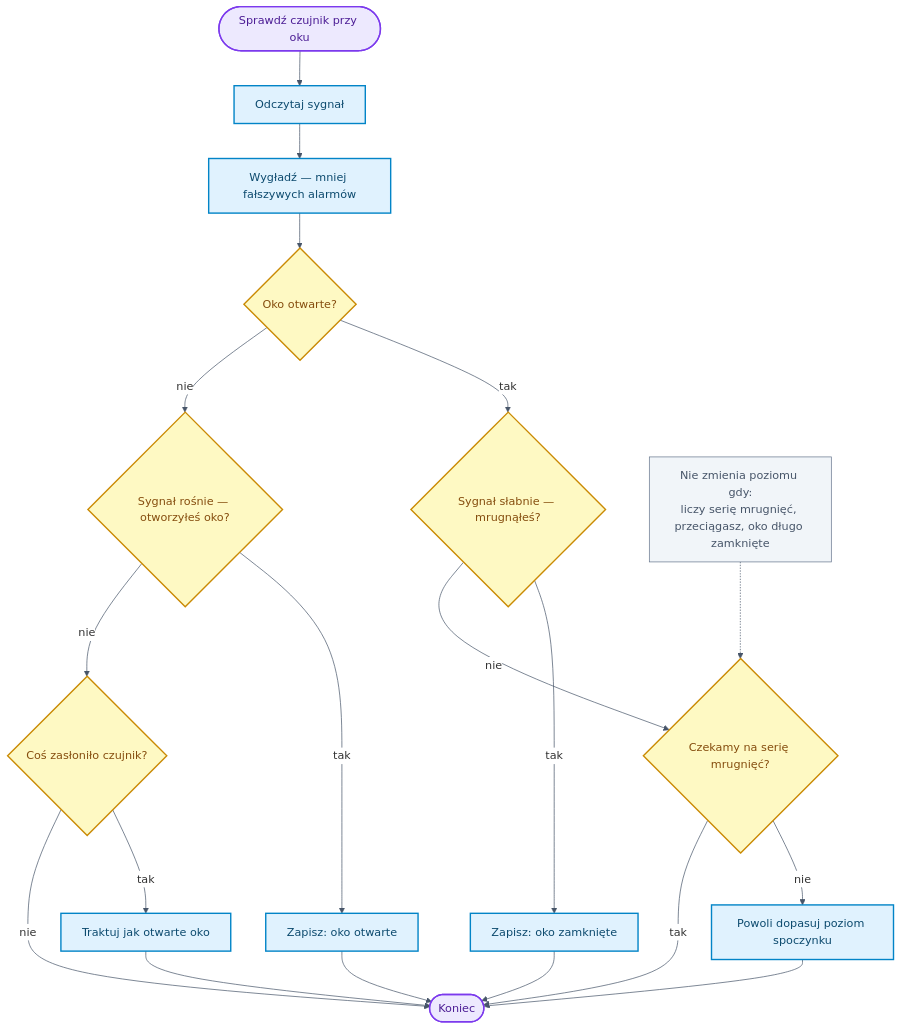
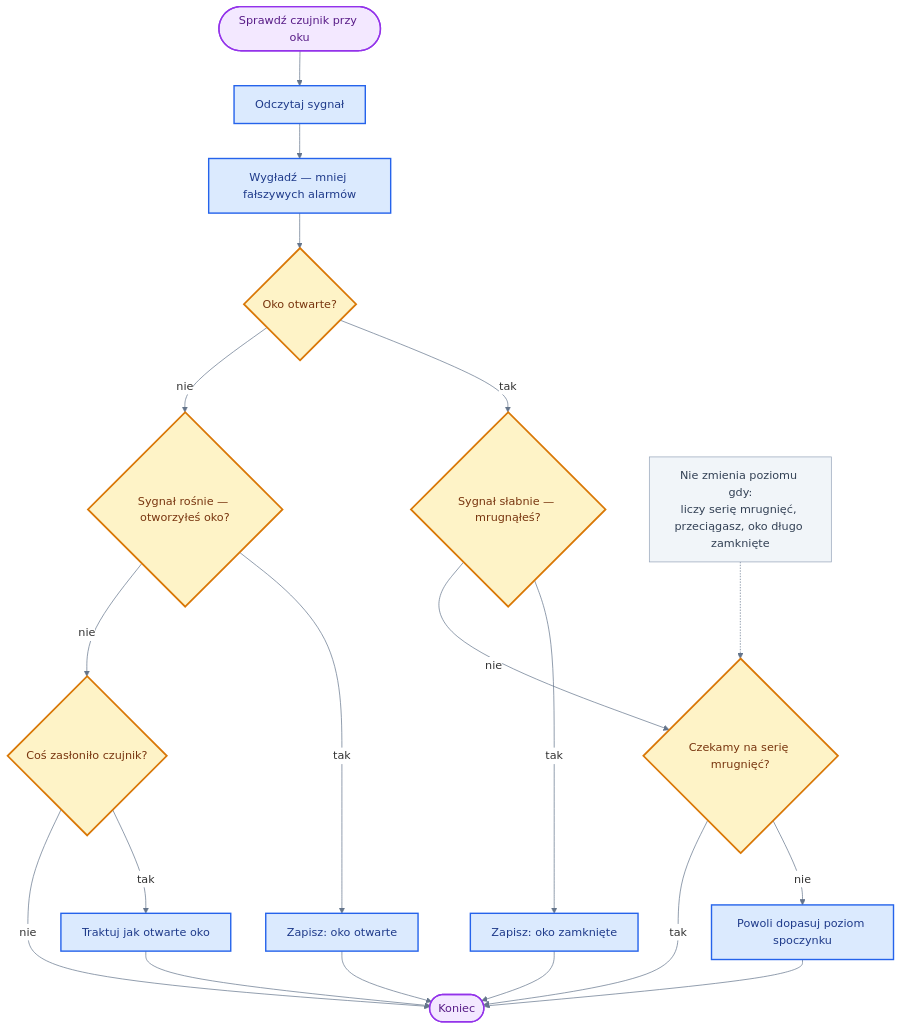
Before and after one commit to bartkadres-ai/HEFAS-4.0: the seventh of 10 diagrams in README.md, drawn with Mermaid. The commit also changed other lines of this file, not shown here.

````diff
--- a/README.md
+++ b/README.md
@@ -509,36 +526,36 @@
 ```mermaid
-%%{init: { 'theme': 'default', 'themeVariables': { 'darkMode': false, 'background': '#ffffff', 'mainBkg': '#ffffff', 'primaryColor': '#ffffff', 'secondaryColor': '#ffffff', 'tertiaryColor': '#ffffff', 'primaryTextColor': '#1e293b', 'lineColor': '#475569', 'clusterBkg': '#f8fafc', 'clusterBorder': '#cbd5e1', 'edgeLabelBackground': '#ffffff', 'noteBkgColor': '#f8fafc', 'noteTextColor': '#475569' }}}%%
+%%{init: { 'theme': 'default', 'themeVariables': { 'darkMode': false, 'background': '#ffffff', 'mainBkg': '#ffffff', 'primaryColor': '#ffffff', 'secondaryColor': '#ffffff', 'tertiaryColor': '#ffffff', 'primaryTextColor': '#1e293b', 'secondaryTextColor': '#334155', 'lineColor': '#64748b', 'primaryBorderColor': '#94a3b8', 'clusterBkg': '#f1f5f9', 'clusterBorder': '#94a3b8', 'edgeLabelBackground': '#ffffff', 'noteBkgColor': '#f8fafc', 'noteTextColor': '#475569', 'fontFamily': 'arial' }}}%%
 flowchart TD
     A([Sprawdź czujnik przy oku]) --> ADC[Odczytaj sygnał]
     ADC --> EMA[Wygładź — mniej fałszywych alarmów]
 
     EMA --> OTW{Oko otwarte?}
 
     OTW -->|tak| TRIG{Sygnał słabnie — mrugnąłeś?}
     TRIG -->|tak| ZAM[Zapisz: oko zamknięte]
     TRIG -->|nie| FRZ{Czekamy na serię mrugnięć?}
     FRZ -->|nie| ADAPT[Powoli dopasuj poziom spoczynku]
     FRZ -->|tak| KON
 
     OTW -->|nie| REL{Sygnał rośnie — otworzyłeś oko?}
     REL -->|tak| OOTW[Zapisz: oko otwarte]
     REL -->|nie| MECH{Coś zasłoniło czujnik?}
     MECH -->|tak| MECHR[Traktuj jak otwarte oko]
     MECH -->|nie| KON
 
     ZAM --> KON([Koniec])
     ADAPT --> KON
     OOTW --> KON
     MECHR --> KON
 
     NOTE["Nie zmienia poziomu gdy:<br/>liczy serię mrugnięć, przeciągasz, oko długo zamknięte"] -.-> FRZ
 
-    classDef startEnd fill:#ede9fe,stroke:#7c3aed,stroke-width:2px,color:#4c1d95
-    classDef process fill:#e0f2fe,stroke:#0284c7,stroke-width:2px,color:#0c4a6e
-    classDef decision fill:#fef9c3,stroke:#ca8a04,stroke-width:2px,color:#854d0e
-    classDef note fill:#f1f5f9,stroke:#64748b,stroke-width:1px,color:#475569
+    classDef startEnd fill:#f3e8ff,stroke:#9333ea,stroke-width:2px,color:#581c87
+    classDef process fill:#dbeafe,stroke:#2563eb,stroke-width:2px,color:#1e3a8a
+    classDef decision fill:#fef3c7,stroke:#d97706,stroke-width:2.5px,color:#78350f
+    classDef note fill:#f1f5f9,stroke:#94a3b8,stroke-width:1px,color:#334155
     class A,KON startEnd
     class ADC,EMA,ZAM,ADAPT,OOTW,MECHR process
     class OTW,TRIG,FRZ,REL,MECH decision
     class NOTE note
 ```
````
